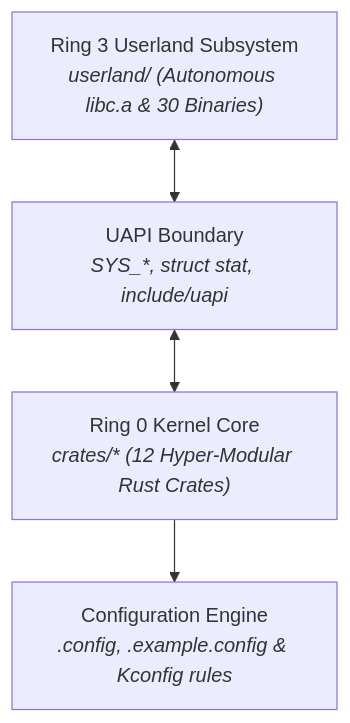
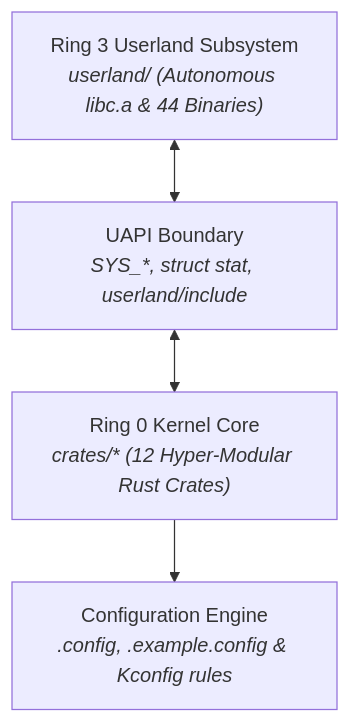
One commit to mrvlous/keira changed the diagram in docs/architecture/README.md. Above: the diagram before and after it, drawn with Mermaid. The commit also changed other lines of this file and 6 other files, not shown here.

````diff
--- a/docs/architecture/README.md
+++ b/docs/architecture/README.md
@@ -11,6 +11,6 @@
 ```mermaid
 graph TD
-    Userland["Ring 3 Userland Subsystem<br/><i>userland/ (Autonomous libc.a & 30 Binaries)</i>"] <--> UAPI["UAPI Boundary<br/><i>SYS_*, struct stat, include/uapi</i>"]
+    Userland["Ring 3 Userland Subsystem<br/><i>userland/ (Autonomous libc.a & 44 Binaries)</i>"] <--> UAPI["UAPI Boundary<br/><i>SYS_*, struct stat, userland/include</i>"]
     UAPI <--> Kernel["Ring 0 Kernel Core<br/><i>crates/* (12 Hyper-Modular Rust Crates)</i>"]
     Kernel --> Config["Configuration Engine<br/><i>.config, .example.config & Kconfig rules</i>"]
 ```
````
